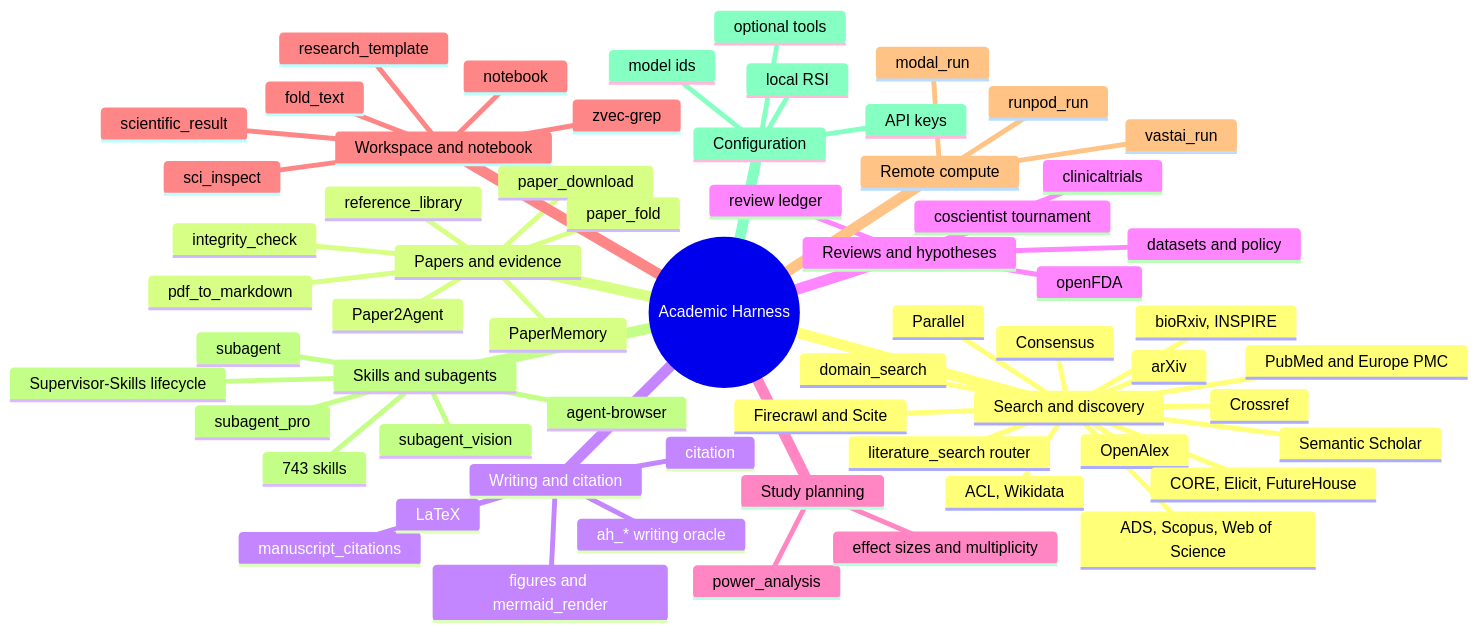
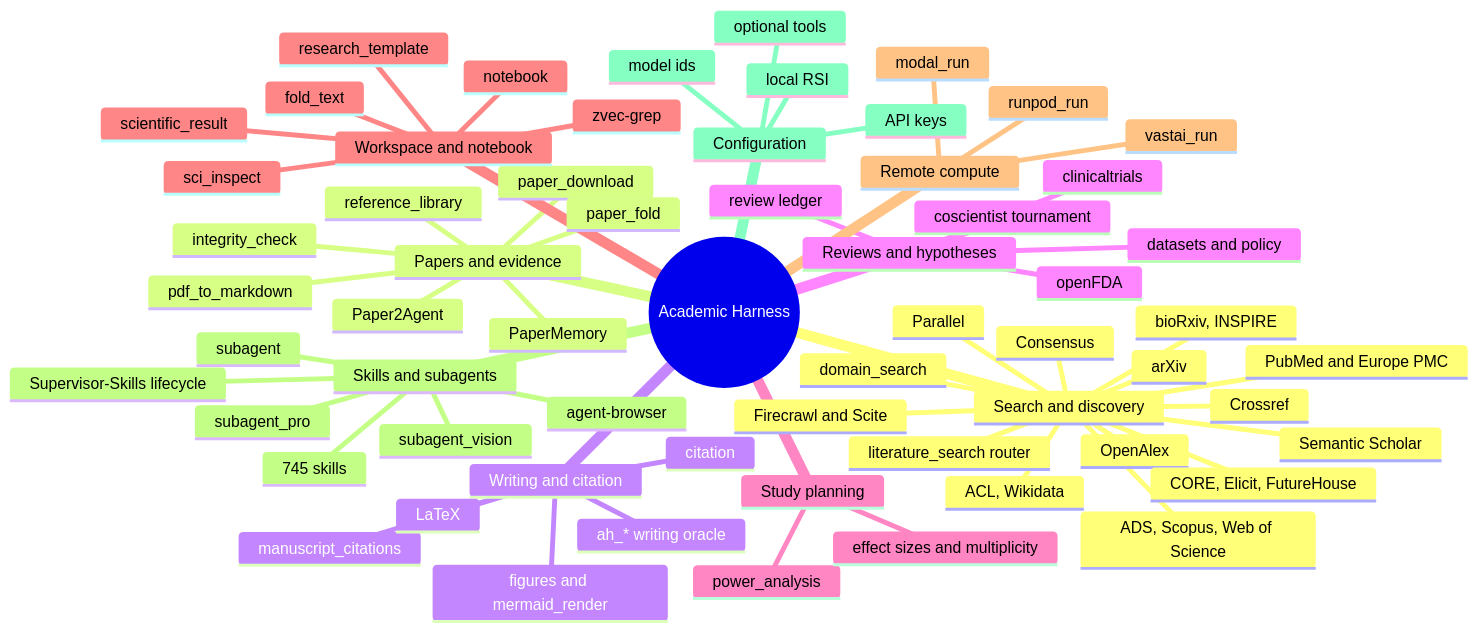
The diagram in docs/diagrams/capability-map.mmd (raktim-mondol/academic-harness), drawn with Mermaid before and after one commit. The commit also changed 41 other files, not shown here.

```diff
--- a/docs/diagrams/capability-map.mmd
+++ b/docs/diagrams/capability-map.mmd
@@ -1,63 +1,63 @@
 mindmap
   root((Academic Harness))
     Search and discovery
       literature_search router
       domain_search
       OpenAlex
       Semantic Scholar
       PubMed and Europe PMC
       arXiv
       Crossref
       bioRxiv, INSPIRE
       ADS, Scopus, Web of Science
       ACL, Wikidata
       Consensus
       Parallel
       Firecrawl and Scite
       CORE, Elicit, FutureHouse
     Papers and evidence
       paper_download
       paper_fold
       pdf_to_markdown
       PaperMemory
       reference_library
       integrity_check
       Paper2Agent
     Writing and citation
       ah_* writing oracle
       citation
       manuscript_citations
       LaTeX
       figures and mermaid_render
     Reviews and hypotheses
       review ledger
       coscientist tournament
       clinicaltrials
       openFDA
       datasets and policy
     Study planning
       power_analysis
       effect sizes and multiplicity
     Workspace and notebook
       zvec-grep
       notebook
       scientific_result
       fold_text
       sci_inspect
       research_template
     Remote compute
       modal_run
       runpod_run
       vastai_run
     Skills and subagents
-      743 skills
+      745 skills
       Supervisor-Skills lifecycle
       agent-browser
       subagent
       subagent_pro
       subagent_vision
     Configuration
       API keys
       model ids
       optional tools
       local RSI
```
